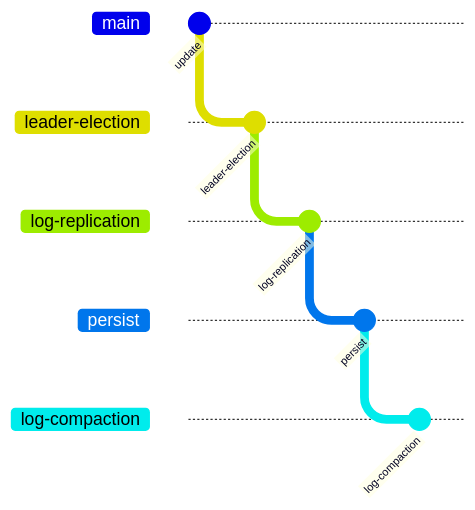
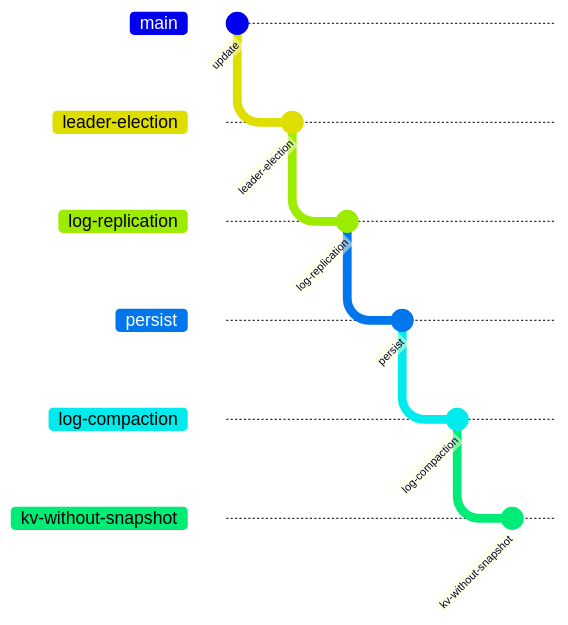
The diagram in README.md (Ferriem/6.5840), drawn with Mermaid before and after one commit. The commit also changed other lines of this file, not shown here.

````diff
--- a/README.md
+++ b/README.md
@@ -7,12 +7,14 @@
 ```mermaid
 gitGraph
 	commit id: "update"
   branch leader-election
   commit id: "leader-election"
   branch log-replication
   commit id: "log-replication"
   branch persist
   commit id: "persist"
   branch log-compaction
   commit id: "log-compaction"
+  branch kv-without-snapshot
+  commit id: "kv-without-snapshot"
 ```
````
